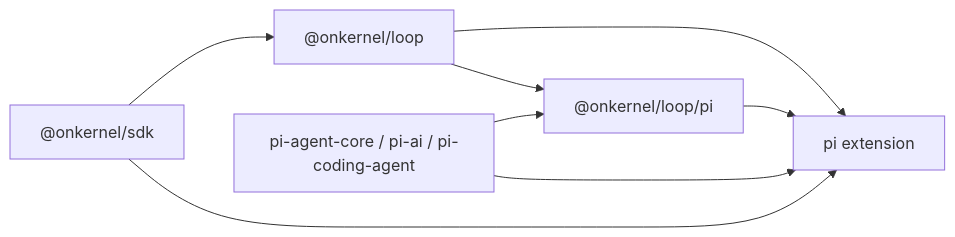
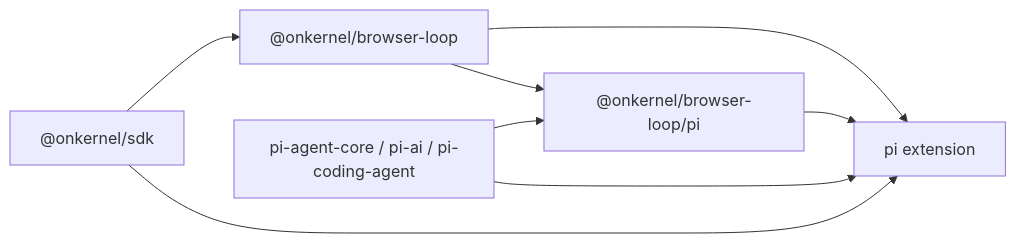
One commit to kernel/browser-loop changed the diagram in README.md. Above: the diagram before and after it, drawn with Mermaid. The commit also changed other lines of this file and 108 other files, not shown here.

````diff
--- a/README.md
+++ b/README.md
@@ -74,15 +74,15 @@
 ```mermaid
 flowchart LR
-  core["@onkernel/loop"]
-  pibind["@onkernel/loop/pi"]
+  core["@onkernel/browser-loop"]
+  pibind["@onkernel/browser-loop/pi"]
   ext["pi extension"]
   pi["pi-agent-core / pi-ai / pi-coding-agent"]
   sdk["@onkernel/sdk"]
   core --> pibind
   core --> ext
   pibind --> ext
   pi --> pibind
   pi --> ext
   sdk --> core
   sdk --> ext
 ```
````
